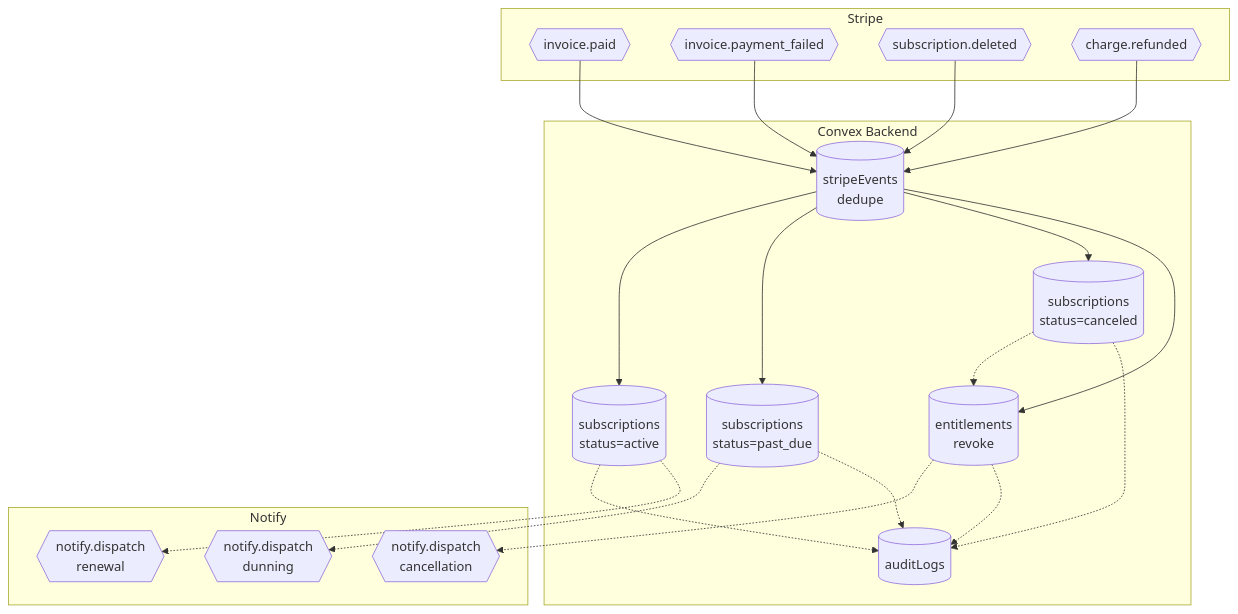
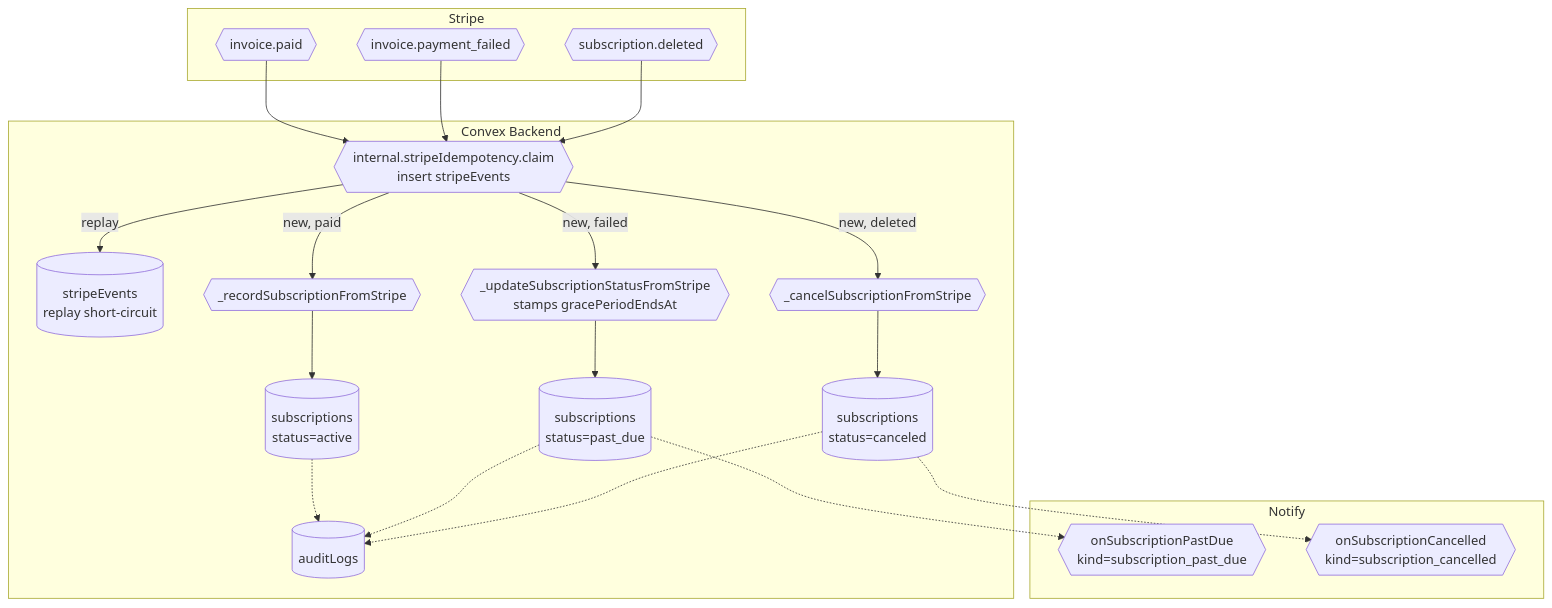
One commit to xalatechnologies/DigiPicks-v2 changed the diagram in docs/bpmn/BPMN-003-subscription-lifecycle.md. Above: the diagram before and after it, drawn with Mermaid. The commit also changed other lines of this file and 33 other files, not shown here.

First line of the commit message:
feat(phase-19): drift sweep · stripe idempotency · grace period · lifecycle notify · BPMN alignment

````diff
--- a/docs/bpmn/BPMN-003-subscription-lifecycle.md
+++ b/docs/bpmn/BPMN-003-subscription-lifecycle.md
@@ -30,31 +38,34 @@
 ```mermaid
 flowchart TD
   subgraph S[Stripe]
     s1{{invoice.paid}}
     s2{{invoice.payment_failed}}
     s3{{subscription.deleted}}
-    s4{{charge.refunded}}
   end
   subgraph K[Convex Backend]
-    k0[(stripeEvents<br/>dedupe)]
-    k1[(subscriptions<br/>status=active)]
-    k2[(subscriptions<br/>status=past_due)]
-    k3[(subscriptions<br/>status=canceled)]
-    k4[(entitlements<br/>revoke)]
+    k0{{internal.stripeIdempotency.claim<br/>insert stripeEvents}}
+    kr[(stripeEvents<br/>replay short-circuit)]
+    k1{{_recordSubscriptionFromStripe}}
+    k2{{_updateSubscriptionStatusFromStripe<br/>stamps gracePeriodEndsAt}}
+    k3{{_cancelSubscriptionFromStripe}}
+    k1a[(subscriptions<br/>status=active)]
+    k2a[(subscriptions<br/>status=past_due)]
+    k3a[(subscriptions<br/>status=canceled)]
     k5[(auditLogs)]
   end
   subgraph N[Notify]
-    n1{{notify.dispatch<br/>renewal}}
-    n2{{notify.dispatch<br/>dunning}}
-    n3{{notify.dispatch<br/>cancellation}}
+    n2{{onSubscriptionPastDue<br/>kind=subscription_past_due}}
+    n3{{onSubscriptionCancelled<br/>kind=subscription_cancelled}}
   end
 
-  s1 --> k0 --> k1 -.-> k5
-  k1 -.-> n1
-  s2 --> k0 --> k2 -.-> n2
-  s3 --> k0 --> k3 -.-> k4 -.-> n3
-  s4 --> k0 --> k4
-  k2 -.-> k5
-  k3 -.-> k5
-  k4 -.-> k5
+  s1 --> k0
+  s2 --> k0
+  s3 --> k0
+  k0 -->|replay| kr
+  k0 -->|new, paid| k1 --> k1a
+  k0 -->|new, failed| k2 --> k2a -.-> n2
+  k0 -->|new, deleted| k3 --> k3a -.-> n3
+  k1a -.-> k5
+  k2a -.-> k5
+  k3a -.-> k5
 ```
````
